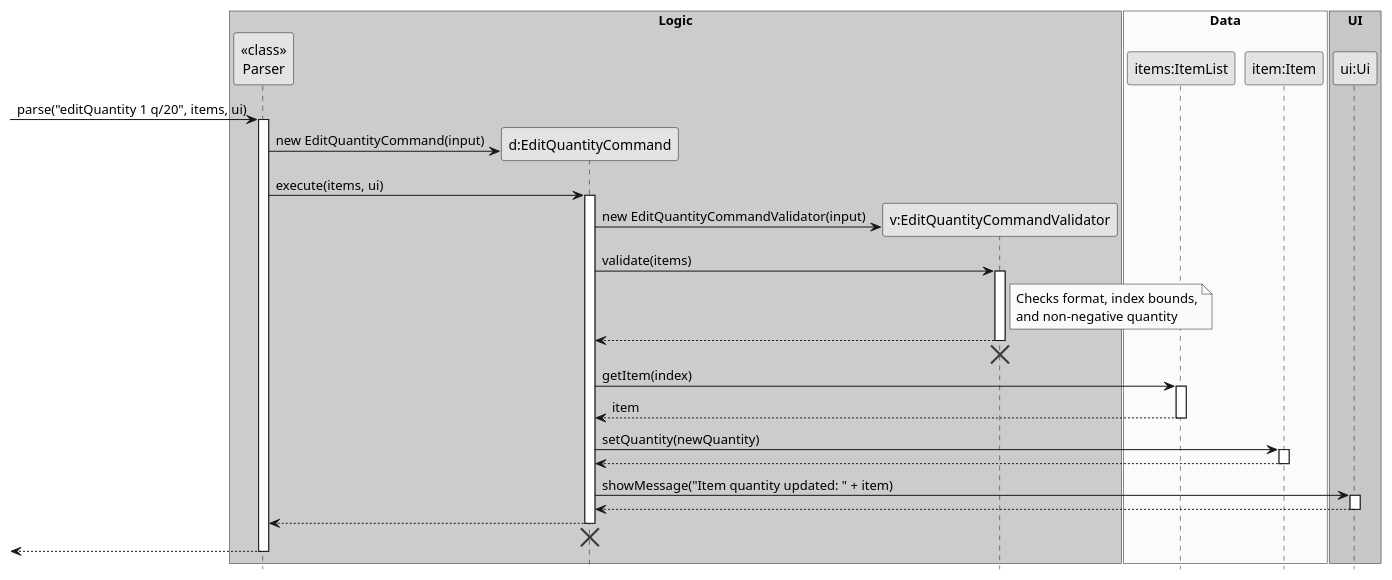
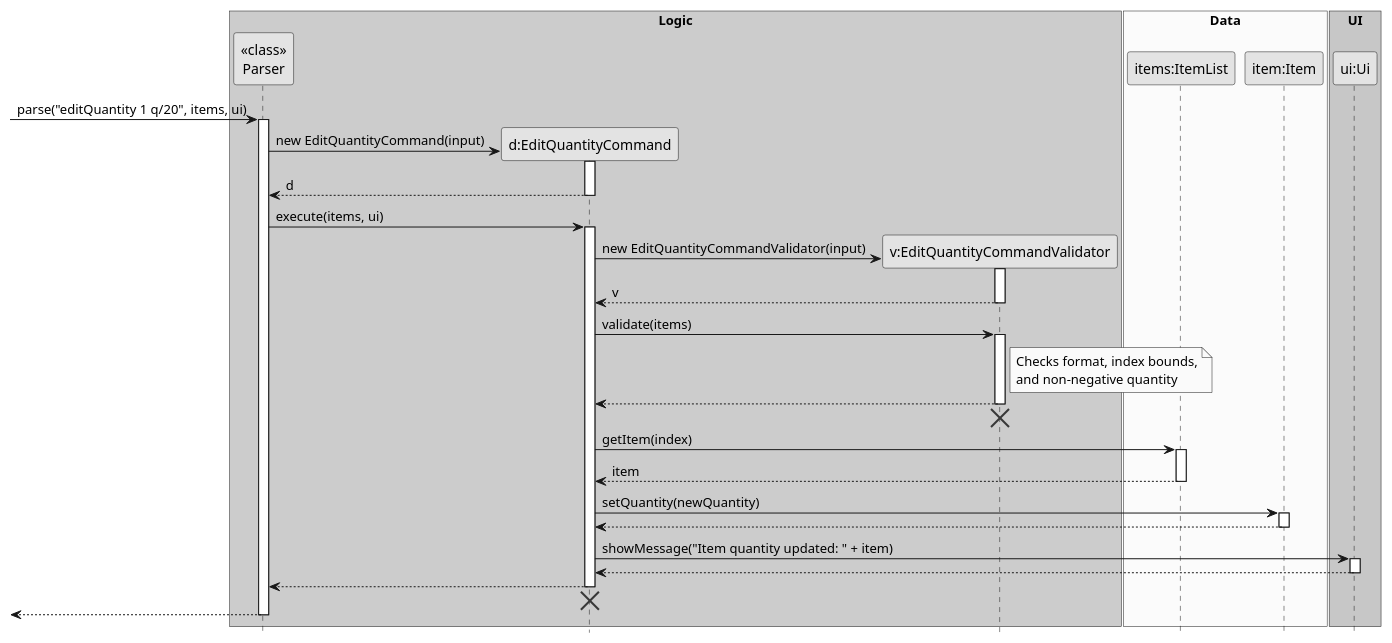
Before and after one commit to fmohamedfaras/tp: the diagram in docs/diagrams/EditQuantityCommandSequenceDiagram.puml, drawn with PlantUML. The commit also changed 16 other files, not shown here.

Commit message:
Update uml sequence diagrams to DG and add activation bars to edit commands' constructors

```diff
--- a/docs/diagrams/EditQuantityCommandSequenceDiagram.puml
+++ b/docs/diagrams/EditQuantityCommandSequenceDiagram.puml
@@ -1,67 +1,73 @@
 @startuml
 skinparam monochrome true
 skinparam shadowing false
 hide footbox
 
 box "Logic" #LightBlue
 participant "<<class>>\nParser" as Parser
 participant "d:EditQuantityCommand" as EditQuantityCommand
 participant "v:EditQuantityCommandValidator" as EditQuantityCommandValidator
 end box
 
 box "Data" #LightYellow
 participant "items:ItemList" as ItemList
 participant "item:Item" as Item
 end box
 
 box "UI" #LightGreen
 participant "ui:Ui" as Ui
 end box
 
 -> Parser : parse("editQuantity 1 q/20", items, ui)
 activate Parser
 
 create EditQuantityCommand
 Parser -> EditQuantityCommand : new EditQuantityCommand(input)
+activate EditQuantityCommand
+EditQuantityCommand --> Parser : d
+deactivate EditQuantityCommand
 
 Parser -> EditQuantityCommand : execute(items, ui)
 activate EditQuantityCommand
 
 create EditQuantityCommandValidator
 EditQuantityCommand -> EditQuantityCommandValidator : new EditQuantityCommandValidator(input)
+activate EditQuantityCommandValidator
+EditQuantityCommandValidator --> EditQuantityCommand : v
+deactivate EditQuantityCommandValidator
 
 EditQuantityCommand -> EditQuantityCommandValidator : validate(items)
 activate EditQuantityCommandValidator
 note right of EditQuantityCommandValidator
   Checks format, index bounds,
   and non-negative quantity
 end note
 EditQuantityCommandValidator --> EditQuantityCommand
 deactivate EditQuantityCommandValidator
 EditQuantityCommandValidator -[hidden]-> EditQuantityCommand
 destroy EditQuantityCommandValidator
 
 EditQuantityCommand -> ItemList : getItem(index)
 activate ItemList
 ItemList --> EditQuantityCommand : item
 deactivate ItemList
 
 EditQuantityCommand -> Item : setQuantity(newQuantity)
 activate Item
 Item --> EditQuantityCommand
 deactivate Item
 
 EditQuantityCommand -> Ui : showMessage("Item quantity updated: " + item)
 activate Ui
 Ui --> EditQuantityCommand
 deactivate Ui
 
 EditQuantityCommand --> Parser
 deactivate EditQuantityCommand
 EditQuantityCommand -[hidden]-> Parser
 destroy EditQuantityCommand
 
 <-- Parser
 deactivate Parser
 
 @enduml
```
